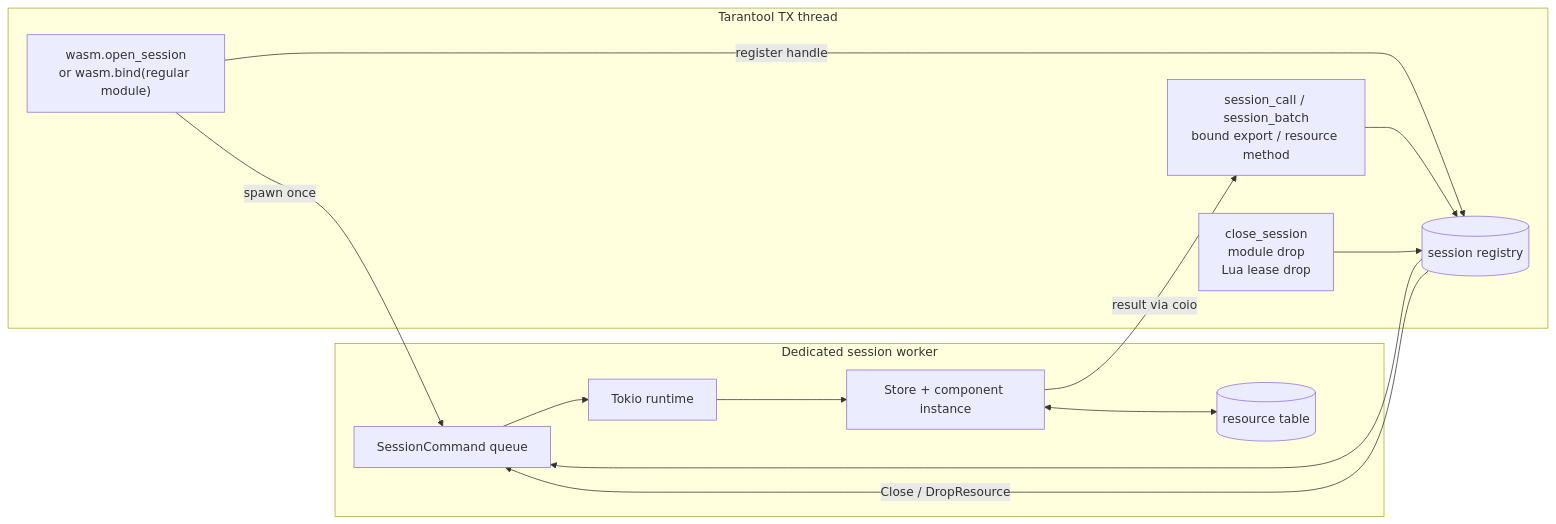
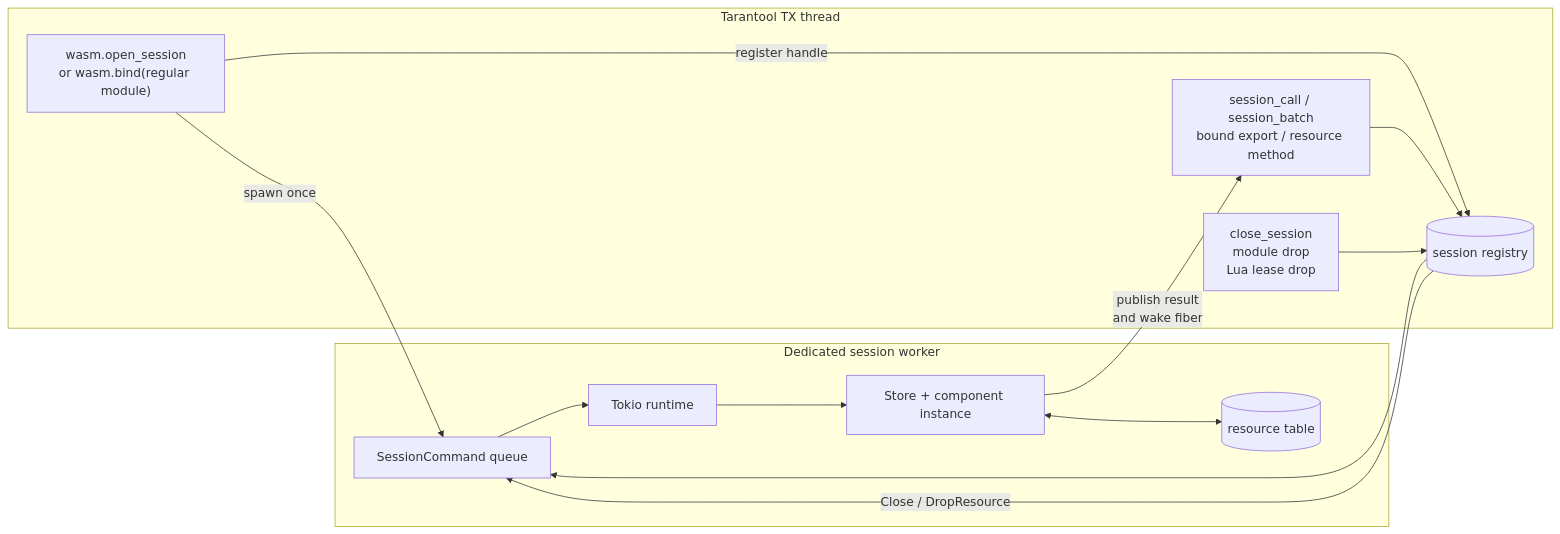
The first of 5 diagrams in docs/wasm_component.md (tarantool/tarantool-wasm-rs), drawn with Mermaid before and after one commit. The commit also changed other lines of this file and 12 other files, not shown here.

````diff
--- a/docs/wasm_component.md
+++ b/docs/wasm_component.md
@@ -165,27 +176,27 @@
 ```mermaid
 flowchart LR
     subgraph TX["Tarantool TX thread"]
         Open["wasm.open_session<br/>or wasm.bind(regular module)"]
         Calls["session_call / session_batch<br/>bound export / resource method"]
         Sessions[("session registry")]
         Close["close_session<br/>module drop<br/>Lua lease drop"]
     end
 
     subgraph Worker["Dedicated session worker"]
         Queue["SessionCommand queue"]
         Runtime["Tokio runtime"]
         Instance["Store + component instance"]
         Resources[("resource table")]
     end
 
     Open -->|"spawn once"| Queue
     Open -->|"register handle"| Sessions
     Calls --> Sessions
     Sessions --> Queue
     Queue --> Runtime
     Runtime --> Instance
     Instance <--> Resources
-    Instance -->|"result via coio"| Calls
+    Instance -->|"publish result<br/>and wake fiber"| Calls
     Close --> Sessions
     Sessions -->|"Close / DropResource"| Queue
 ```
````
